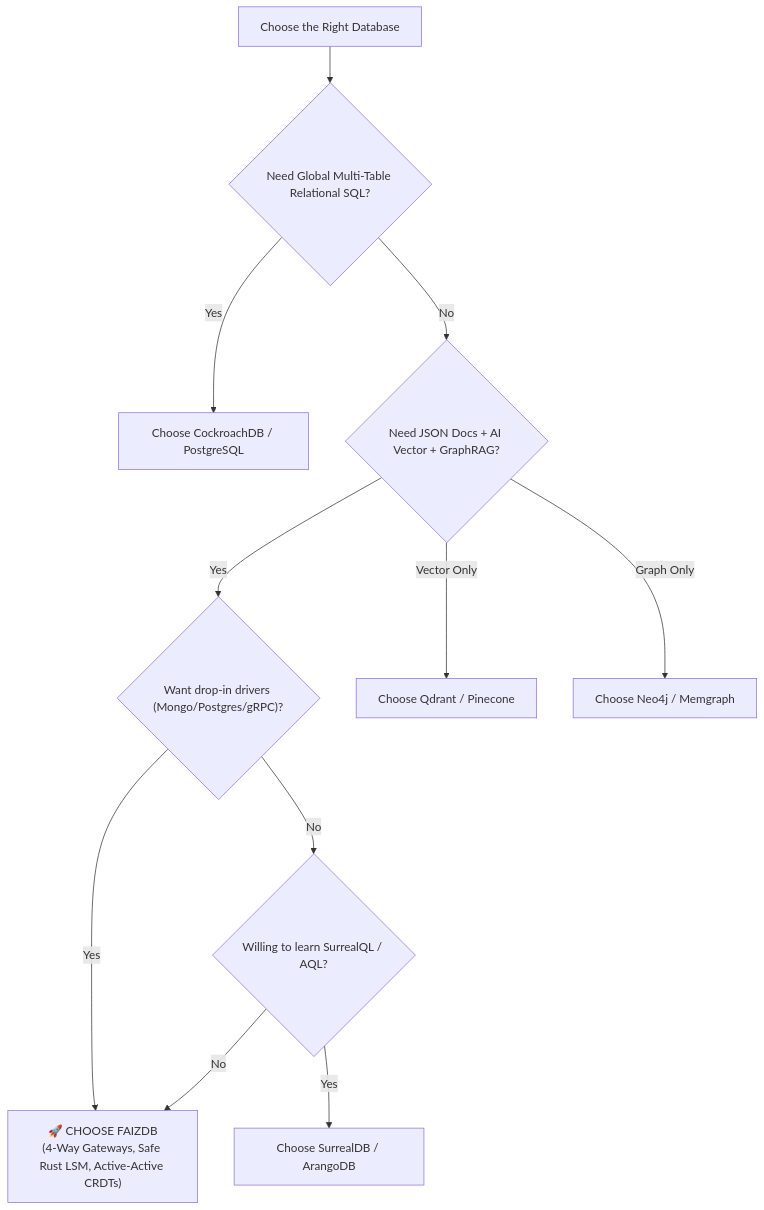
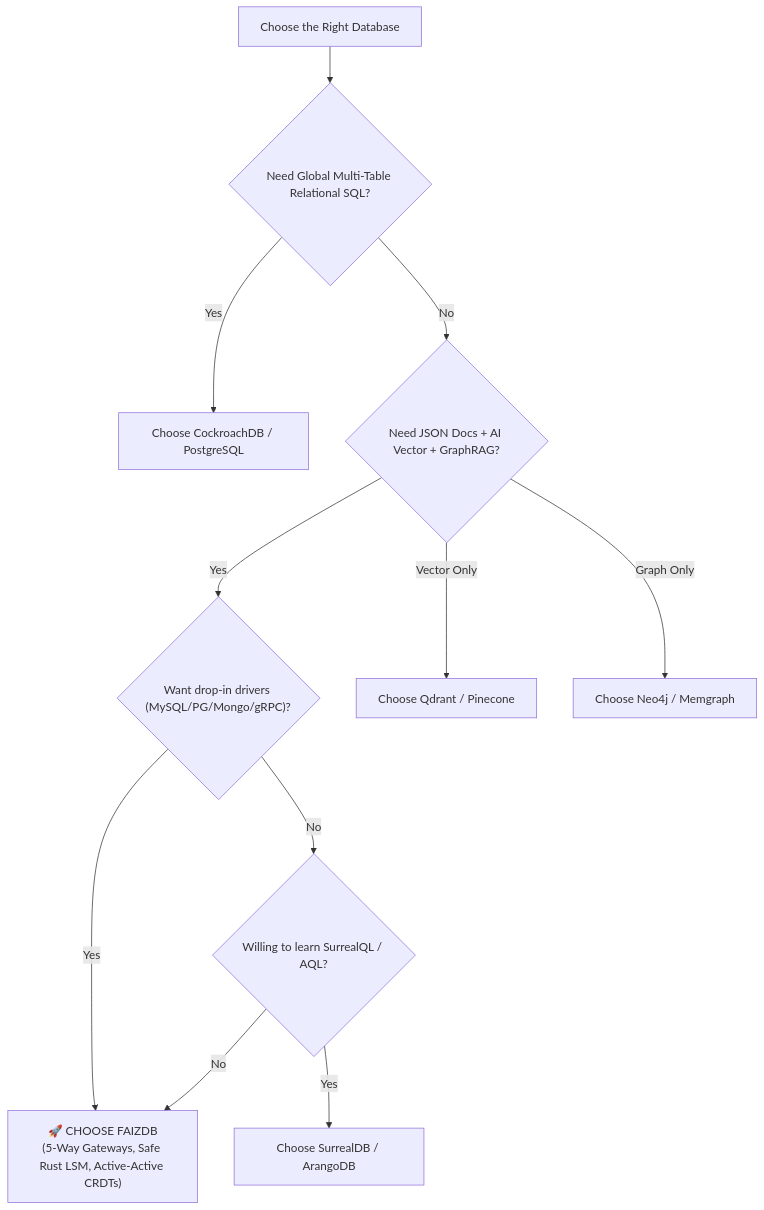
Before and after one commit to ictdothouse/faizdb: the diagram in docs/COMPETITIVE_ANALYSIS.md, drawn with Mermaid. The commit also changed other lines of this file and 18 other files, not shown here.

Commit message:
docs: synchronize 5-Way Gateway, MySQL 3306 CMS integration, and 2026 frontier LLMs across all docs, tutorial, and landing pages

````diff
--- a/docs/COMPETITIVE_ANALYSIS.md
+++ b/docs/COMPETITIVE_ANALYSIS.md
@@ -136,15 +136,15 @@
 ```mermaid
 graph TD
     Start["Choose the Right Database"] --> Q1{"Need Global Multi-Table Relational SQL?"}
     Q1 -- "Yes" --> Cockroach["Choose CockroachDB / PostgreSQL"]
     Q1 -- "No" --> Q2{"Need JSON Docs + AI Vector + GraphRAG?"}
     
-    Q2 -- "Yes" --> Q3{"Want drop-in drivers (Mongo/Postgres/gRPC)?"}
-    Q3 -- "Yes" --> FaizDBChoice["🚀 CHOOSE FAIZDB<br/>(4-Way Gateways, Safe Rust LSM, Active-Active CRDTs)"]
+    Q2 -- "Yes" --> Q3{"Want drop-in drivers (MySQL/PG/Mongo/gRPC)?"}
+    Q3 -- "Yes" --> FaizDBChoice["🚀 CHOOSE FAIZDB<br/>(5-Way Gateways, Safe Rust LSM, Active-Active CRDTs)"]
     Q3 -- "No" --> Q4{"Willing to learn SurrealQL / AQL?"}
     Q4 -- "Yes" --> Surreal["Choose SurrealDB / ArangoDB"]
     Q4 -- "No" --> FaizDBChoice
     
     Q2 -- "Vector Only" --> QdrantChoice["Choose Qdrant / Pinecone"]
     Q2 -- "Graph Only" --> Neo4jChoice["Choose Neo4j / Memgraph"]
 ```
````
